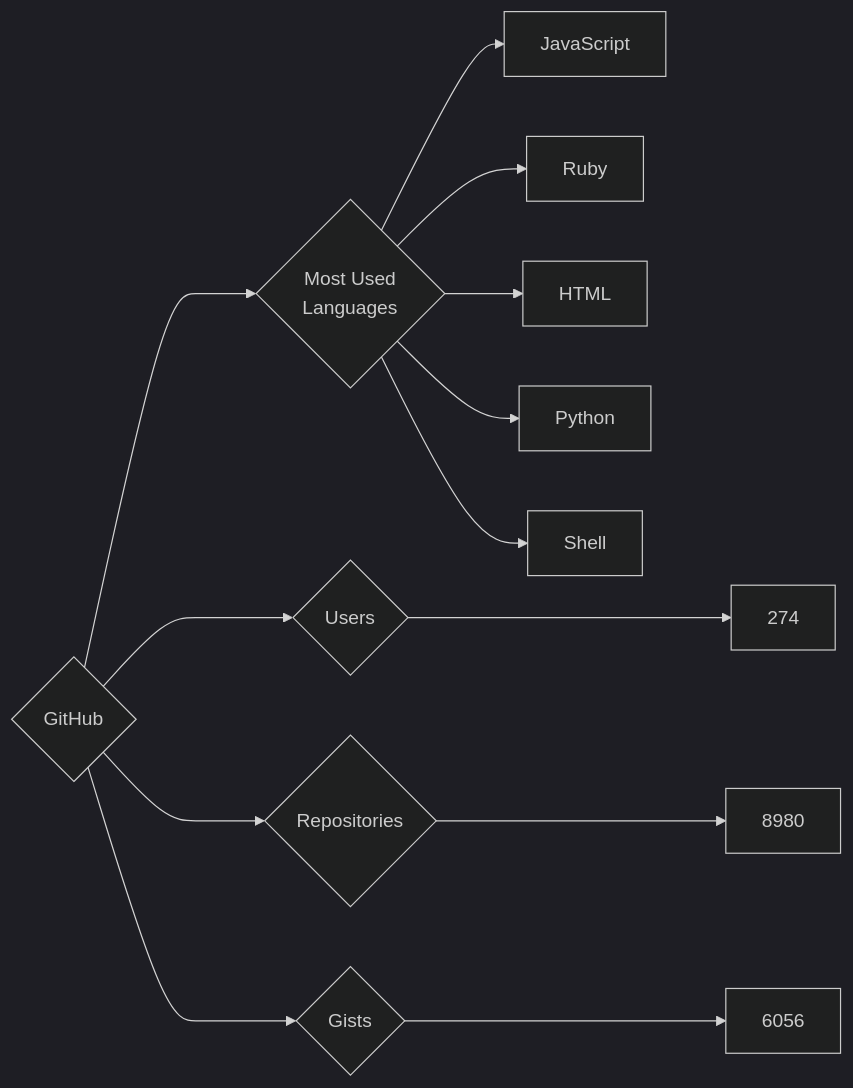
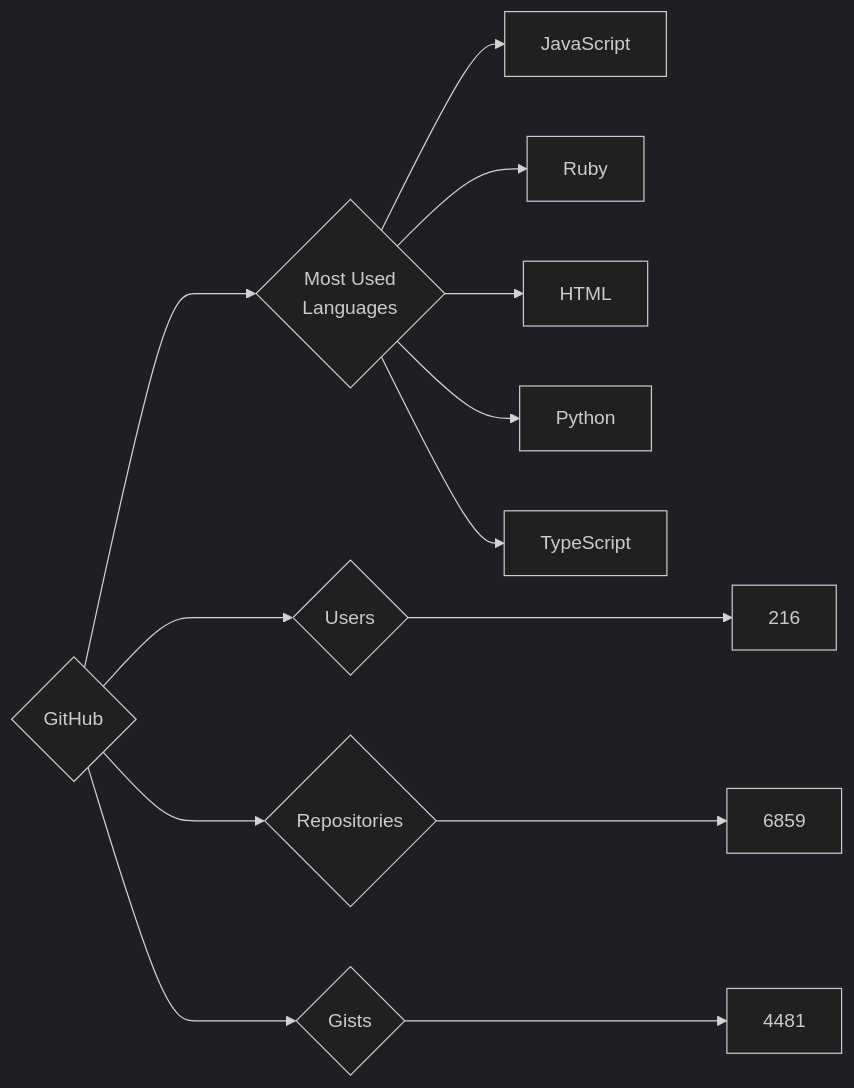
The diagram in targets/GitHub/README.md (trickest/insiders), drawn with Mermaid (dark theme) before and after one commit. The commit also changed 1084 other files, not shown here.

````diff
--- a/targets/GitHub/README.md
+++ b/targets/GitHub/README.md
@@ -3,13 +3,13 @@
 ```mermaid
 graph LR
 COMPANY_NAME{GitHub}
-COMPANY_NAME ---> U{Users} ---> UN[274]
-COMPANY_NAME ---> R{Repositories} ---> RN[8980]
-COMPANY_NAME ---> G{Gists} ---> GN[6056]
+COMPANY_NAME ---> U{Users} ---> UN[216]
+COMPANY_NAME ---> R{Repositories} ---> RN[6859]
+COMPANY_NAME ---> G{Gists} ---> GN[4481]
 COMPANY_NAME ---> ML{Most Used<br>Languages}
 ML --> JavaScript[JavaScript]
 ML --> Ruby[Ruby]
 ML --> HTML[HTML]
 ML --> Python[Python]
-ML --> Shell[Shell]
+ML --> TypeScript[TypeScript]
 ```
````
